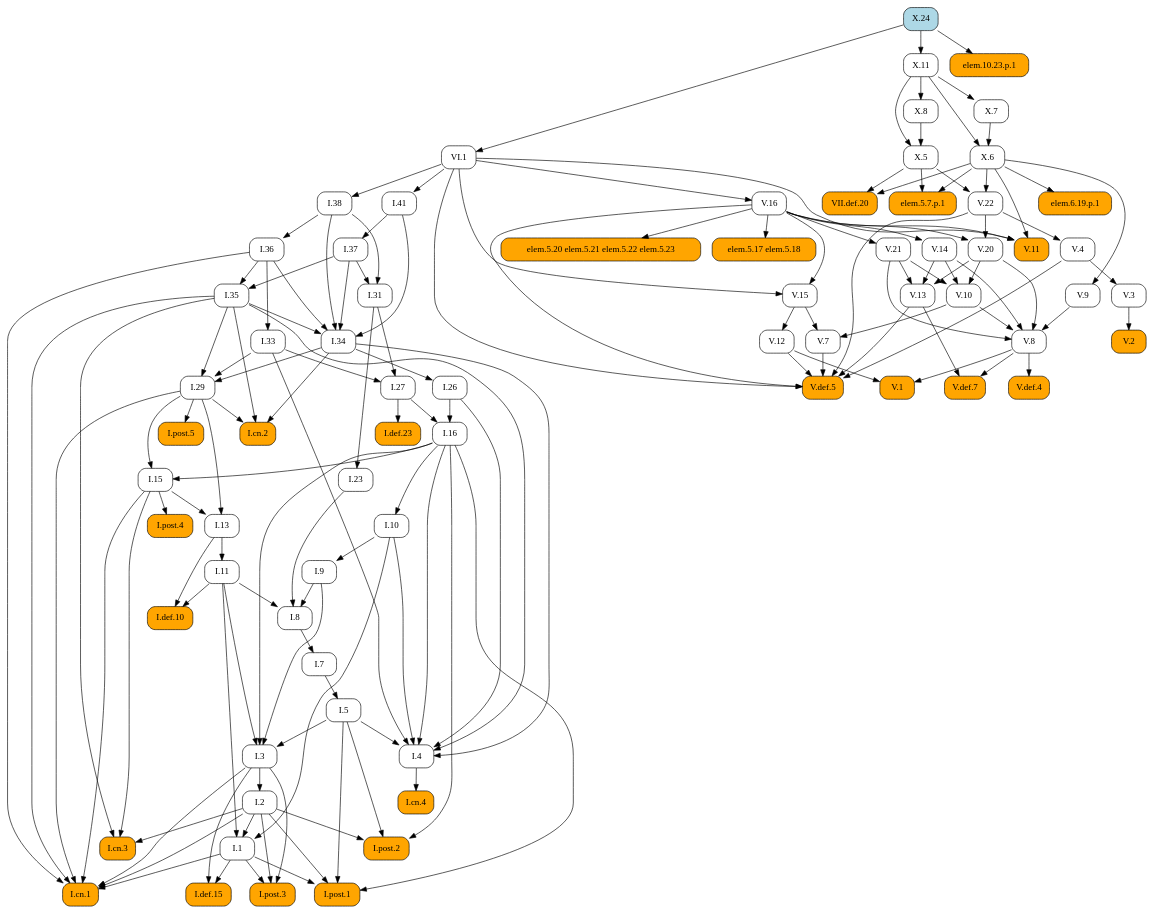
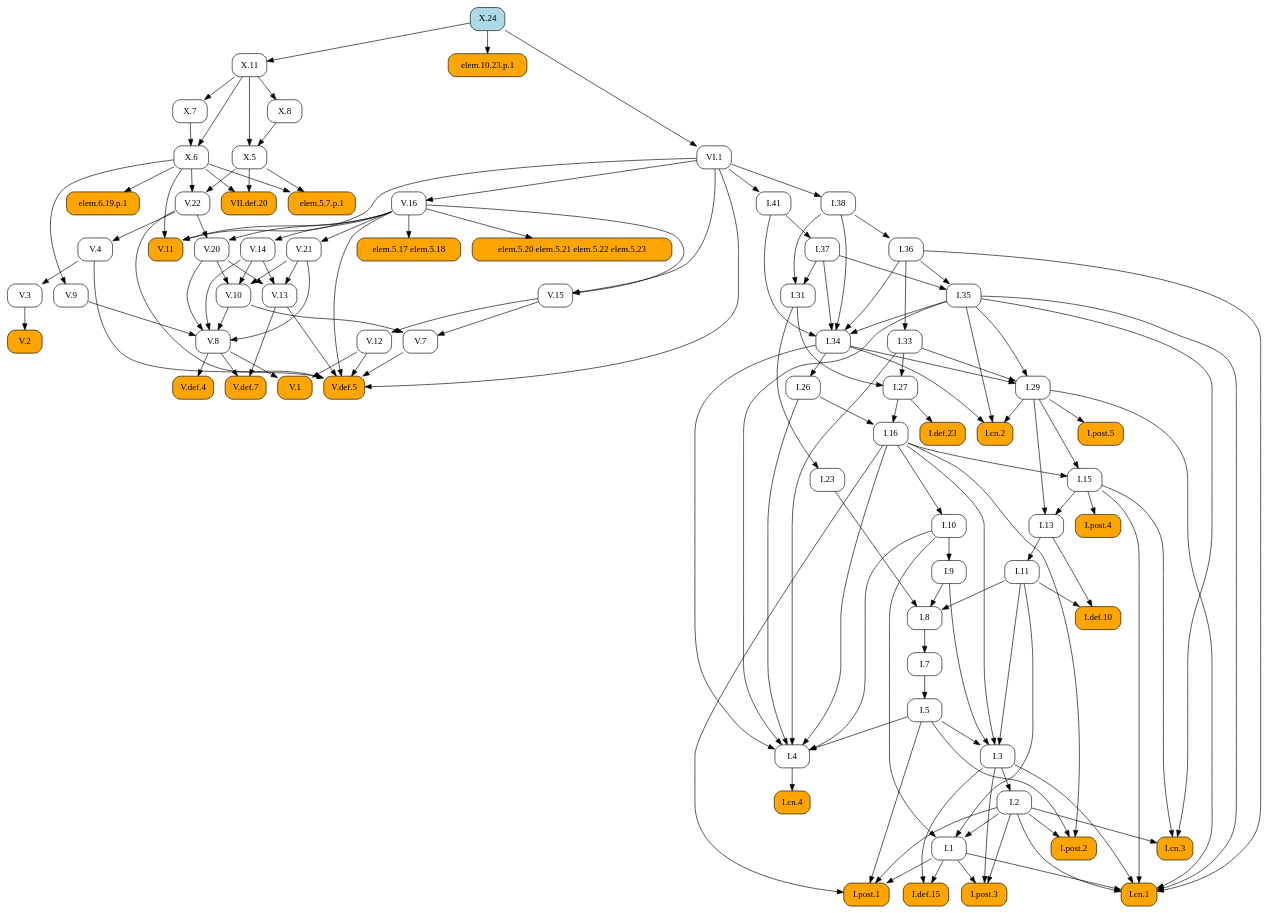
Before and after one commit to geometor/elements: the diagram in docsrc/heath/X/24/index.rst, drawn with Graphviz. The commit also changed other lines of this file and 1029 other files, not shown here.

```diff
--- a/docsrc/heath/X/24/index.rst
+++ b/docsrc/heath/X/24/index.rst
@@ -33,116 +33,187 @@
    digraph {
      rankdir="TB";
      node [shape=box, style=rounded];
+     "I.def.10" [style="rounded,filled", fillcolor=orange, URL="/heath/I/def.10/", target="_top"];
+     "I.11" [URL="/heath/I/11/", target="_top"];
+     "I.post.4" [style="rounded,filled", fillcolor=orange, URL="/heath/I/post.4/", target="_top"];
+     "I.1" [URL="/heath/I/1/", target="_top"];
+     "V.def.5" [style="rounded,filled", fillcolor=orange, URL="/heath/V/def.5/", target="_top"];
+     "V.13" [URL="/heath/V/13/", target="_top"];
+     "V.11" [style="rounded,filled", fillcolor=orange, URL="/heath/V/11/", target="_top"];
+     "I.post.3" [style="rounded,filled", fillcolor=orange, URL="/heath/I/post.3/", target="_top"];
+     "VI.1" [URL="/heath/VI/1/", target="_top"];
+     "I.cn.3" [style="rounded,filled", fillcolor=orange, URL="/heath/I/cn.3/", target="_top"];
+     "V.16" [URL="/heath/V/16/", target="_top"];
+     "V.3" [URL="/heath/V/3/", target="_top"];
+     "X.7" [URL="/heath/X/7/", target="_top"];
+     "I.41" [URL="/heath/I/41/", target="_top"];
+     "I.36" [URL="/heath/I/36/", target="_top"];
+     "I.27" [URL="/heath/I/27/", target="_top"];
+     "V.8" [URL="/heath/V/8/", target="_top"];
+     "I.37" [URL="/heath/I/37/", target="_top"];
+     "I.34" [URL="/heath/I/34/", target="_top"];
+     "X.24" [style="rounded,filled", fillcolor=lightblue, URL="/heath/X/24/", target="_top"];
+     "I.2" [URL="/heath/I/2/", target="_top"];
+     "I.def.23" [style="rounded,filled", fillcolor=orange, URL="/heath/I/def.23/", target="_top"];
+     "I.33" [URL="/heath/I/33/", target="_top"];
+     "I.post.2" [style="rounded,filled", fillcolor=orange, URL="/heath/I/post.2/", target="_top"];
+     "elem.5.20 elem.5.21 elem.5.22 elem.5.23" [style="rounded,filled", fillcolor=orange];
+     "I.9" [URL="/heath/I/9/", target="_top"];
+     "I.cn.4" [style="rounded,filled", fillcolor=orange, URL="/heath/I/cn.4/", target="_top"];
+     "V.def.4" [style="rounded,filled", fillcolor=orange, URL="/heath/V/def.4/", target="_top"];
+     "I.15" [URL="/heath/I/15/", target="_top"];
+     "I.38" [URL="/heath/I/38/", target="_top"];
+     "V.def.7" [style="rounded,filled", fillcolor=orange, URL="/heath/V/def.7/", target="_top"];
+     "VII.def.20" [style="rounded,filled", fillcolor=orange, URL="/heath/VII/def.20/", target="_top"];
+     "I.5" [URL="/heath/I/5/", target="_top"];
+     "V.21" [URL="/heath/V/21/", target="_top"];
+     "I.26" [URL="/heath/I/26/", target="_top"];
+     "elem.10.23.p.1" [style="rounded,filled", fillcolor=orange];
+     "V.14" [URL="/heath/V/14/", target="_top"];
+     "I.29" [URL="/heath/I/29/", target="_top"];
+     "V.12" [URL="/heath/V/12/", target="_top"];
+     "V.22" [URL="/heath/V/22/", target="_top"];
+     "I.cn.2" [style="rounded,filled", fillcolor=orange, URL="/heath/I/cn.2/", target="_top"];
+     "X.6" [URL="/heath/X/6/", target="_top"];
+     "X.8" [URL="/heath/X/8/", target="_top"];
+     "V.20" [URL="/heath/V/20/", target="_top"];
+     "V.10" [URL="/heath/V/10/", target="_top"];
+     "I.def.15" [style="rounded,filled", fillcolor=orange, URL="/heath/I/def.15/", target="_top"];
+     "V.15" [URL="/heath/V/15/", target="_top"];
+     "I.cn.1" [style="rounded,filled", fillcolor=orange, URL="/heath/I/cn.1/", target="_top"];
+     "V.7" [URL="/heath/V/7/", target="_top"];
+     "V.9" [URL="/heath/V/9/", target="_top"];
+     "I.23" [URL="/heath/I/23/", target="_top"];
+     "I.post.1" [style="rounded,filled", fillcolor=orange, URL="/heath/I/post.1/", target="_top"];
+     "elem.6.19.p.1" [style="rounded,filled", fillcolor=orange];
+     "I.35" [URL="/heath/I/35/", target="_top"];
+     "I.7" [URL="/heath/I/7/", target="_top"];
+     "I.3" [URL="/heath/I/3/", target="_top"];
+     "I.4" [URL="/heath/I/4/", target="_top"];
+     "I.13" [URL="/heath/I/13/", target="_top"];
+     "V.4" [URL="/heath/V/4/", target="_top"];
+     "elem.5.7.p.1" [style="rounded,filled", fillcolor=orange];
+     "I.31" [URL="/heath/I/31/", target="_top"];
      "V.1" [style="rounded,filled", fillcolor=orange, URL="/heath/V/1/", target="_top"];
-     "X.7" [URL="/heath/X/7/", target="_top"];
-     "I.29" [URL="/heath/I/29/", target="_top"];
-     "I.7" [URL="/heath/I/7/", target="_top"];
-     "elem.10.23.p.1" [style="rounded,filled", fillcolor=orange];
-     "I.27" [URL="/heath/I/27/", target="_top"];
-     "I.def.23" [style="rounded,filled", fillcolor=orange, URL="/heath/I/def.23/", target="_top"];
-     "V.20" [URL="/heath/V/20/", target="_top"];
-     "I.34" [URL="/heath/I/34/", target="_top"];
+     "I.16" [URL="/heath/I/16/", target="_top"];
+     "elem.5.17 elem.5.18" [style="rounded,filled", fillcolor=orange];
+     "X.5" [URL="/heath/X/5/", target="_top"];
+     "X.11" [URL="/heath/X/11/", target="_top"];
      "I.8" [URL="/heath/I/8/", target="_top"];
      "V.2" [style="rounded,filled", fillcolor=orange, URL="/heath/V/2/", target="_top"];
-     "I.9" [URL="/heath/I/9/", target="_top"];
-     "V.22" [URL="/heath/V/22/", target="_top"];
-     "elem.5.7.p.1" [style="rounded,filled", fillcolor=orange];
-     "I.post.4" [style="rounded,filled", fillcolor=orange, URL="/heath/I/post.4/", target="_top"];
-     "I.2" [URL="/heath/I/2/", target="_top"];
-     "V.4" [URL="/heath/V/4/", target="_top"];
-     "I.cn.4" [style="rounded,filled", fillcolor=orange, URL="/heath/I/cn.4/", target="_top"];
-     "X.8" [URL="/heath/X/8/", target="_top"];
-     "elem.5.20 elem.5.21 elem.5.22 elem.5.23" [style="rounded,filled", fillcolor=orange];
-     "I.23" [URL="/heath/I/23/", target="_top"];
-     "I.13" [URL="/heath/I/13/", target="_top"];
-     "I.5" [URL="/heath/I/5/", target="_top"];
-     "I.11" [URL="/heath/I/11/", target="_top"];
-     "X.6" [URL="/heath/X/6/", target="_top"];
-     "I.4" [URL="/heath/I/4/", target="_top"];
-     "X.24" [style="rounded,filled", fillcolor=lightblue, URL="/heath/X/24/", target="_top"];
-     "I.def.10" [style="rounded,filled", fillcolor=orange, URL="/heath/I/def.10/", target="_top"];
-     "I.post.3" [style="rounded,filled", fillcolor=orange, URL="/heath/I/post.3/", target="_top"];
-     "V.9" [URL="/heath/V/9/", target="_top"];
-     "elem.5.17 elem.5.18" [style="rounded,filled", fillcolor=orange];
-     "V.3" [URL="/heath/V/3/", target="_top"];
-     "I.36" [URL="/heath/I/36/", target="_top"];
-     "V.12" [URL="/heath/V/12/", target="_top"];
-     "I.15" [URL="/heath/I/15/", target="_top"];
-     "I.41" [URL="/heath/I/41/", target="_top"];
-     "V.def.5" [style="rounded,filled", fillcolor=orange, URL="/heath/V/def.5/", target="_top"];
-     "I.cn.3" [style="rounded,filled", fillcolor=orange, URL="/heath/I/cn.3/", target="_top"];
-     "I.38" [URL="/heath/I/38/", target="_top"];
-     "V.16" [URL="/heath/V/16/", target="_top"];
-     "V.15" [URL="/heath/V/15/", target="_top"];
-     "V.def.4" [style="rounded,filled", fillcolor=orange, URL="/heath/V/def.4/", target="_top"];
-     "V.21" [URL="/heath/V/21/", target="_top"];
-     "V.8" [URL="/heath/V/8/", target="_top"];
-     "V.7" [URL="/heath/V/7/", target="_top"];
-     "I.1" [URL="/heath/I/1/", target="_top"];
-     "I.def.15" [style="rounded,filled", fillcolor=orange, URL="/heath/I/def.15/", target="_top"];
-     "V.13" [URL="/heath/V/13/", target="_top"];
-     "I.post.1" [style="rounded,filled", fillcolor=orange, URL="/heath/I/post.1/", target="_top"];
-     "X.5" [URL="/heath/X/5/", target="_top"];
-     "VII.def.20" [style="rounded,filled", fillcolor=orange, URL="/heath/VII/def.20/", target="_top"];
-     "elem.6.19.p.1" [style="rounded,filled", fillcolor=orange];
-     "I.26" [URL="/heath/I/26/", target="_top"];
-     "I.33" [URL="/heath/I/33/", target="_top"];
-     "X.11" [URL="/heath/X/11/", target="_top"];
-     "V.def.7" [style="rounded,filled", fillcolor=orange, URL="/heath/V/def.7/", target="_top"];
-     "I.cn.2" [style="rounded,filled", fillcolor=orange, URL="/heath/I/cn.2/", target="_top"];
-     "V.10" [URL="/heath/V/10/", target="_top"];
+     "I.post.5" [style="rounded,filled", fillcolor=orange, URL="/heath/I/post.5/", target="_top"];
      "I.10" [URL="/heath/I/10/", target="_top"];
-     "I.3" [URL="/heath/I/3/", target="_top"];
-     "I.16" [URL="/heath/I/16/", target="_top"];
-     "I.31" [URL="/heath/I/31/", target="_top"];
-     "V.11" [style="rounded,filled", fillcolor=orange, URL="/heath/V/11/", target="_top"];
-     "I.post.2" [style="rounded,filled", fillcolor=orange, URL="/heath/I/post.2/", target="_top"];
-     "VI.1" [URL="/heath/VI/1/", target="_top"];
-     "I.post.5" [style="rounded,filled", fillcolor=orange, URL="/heath/I/post.5/", target="_top"];
-     "I.35" [URL="/heath/I/35/", target="_top"];
-     "I.cn.1" [style="rounded,filled", fillcolor=orange, URL="/heath/I/cn.1/", target="_top"];
-     "I.37" [URL="/heath/I/37/", target="_top"];
-     "V.14" [URL="/heath/V/14/", target="_top"];
-     "V.8" -> "V.1";
-     "V.12" -> "V.1";
+     "I.11" -> "I.def.10";
+     "I.13" -> "I.def.10";
+     "I.13" -> "I.11";
+     "I.15" -> "I.post.4";
+     "I.2" -> "I.1";
+     "I.10" -> "I.1";
+     "I.11" -> "I.1";
+     "V.4" -> "V.def.5";
+     "V.7" -> "V.def.5";
+     "V.12" -> "V.def.5";
+     "V.13" -> "V.def.5";
+     "V.16" -> "V.def.5";
+     "V.22" -> "V.def.5";
+     "VI.1" -> "V.def.5";
+     "V.14" -> "V.13";
+     "V.20" -> "V.13";
+     "V.21" -> "V.13";
+     "V.16" -> "V.11";
+     "VI.1" -> "V.11";
+     "X.6" -> "V.11";
+     "I.1" -> "I.post.3";
+     "I.2" -> "I.post.3";
+     "I.3" -> "I.post.3";
+     "X.24" -> "VI.1";
+     "I.2" -> "I.cn.3";
+     "I.15" -> "I.cn.3";
+     "I.35" -> "I.cn.3";
+     "VI.1" -> "V.16";
+     "V.4" -> "V.3";
      "X.11" -> "X.7";
-     "I.33" -> "I.29";
-     "I.34" -> "I.29";
-     "I.35" -> "I.29";
-     "I.8" -> "I.7";
-     "X.24" -> "elem.10.23.p.1";
+     "VI.1" -> "I.41";
+     "I.38" -> "I.36";
      "I.31" -> "I.27";
      "I.33" -> "I.27";
-     "I.27" -> "I.def.23";
-     "V.16" -> "V.20";
-     "V.22" -> "V.20";
+     "V.9" -> "V.8";
+     "V.10" -> "V.8";
+     "V.14" -> "V.8";
+     "V.20" -> "V.8";
+     "V.21" -> "V.8";
+     "I.41" -> "I.37";
      "I.35" -> "I.34";
      "I.36" -> "I.34";
      "I.37" -> "I.34";
      "I.38" -> "I.34";
      "I.41" -> "I.34";
-     "I.9" -> "I.8";
-     "I.11" -> "I.8";
-     "I.23" -> "I.8";
-     "V.3" -> "V.2";
+     "I.3" -> "I.2";
+     "I.27" -> "I.def.23";
+     "I.36" -> "I.33";
+     "I.2" -> "I.post.2";
+     "I.5" -> "I.post.2";
+     "I.16" -> "I.post.2";
+     "V.16" -> "elem.5.20 elem.5.21 elem.5.22 elem.5.23";
      "I.10" -> "I.9";
+     "I.4" -> "I.cn.4";
+     "V.8" -> "V.def.4";
+     "I.16" -> "I.15";
+     "I.29" -> "I.15";
+     "VI.1" -> "I.38";
+     "V.8" -> "V.def.7";
+     "V.13" -> "V.def.7";
+     "X.5" -> "VII.def.20";
+     "X.6" -> "VII.def.20";
+     "I.7" -> "I.5";
+     "V.16" -> "V.21";
+     "I.34" -> "I.26";
+     "X.24" -> "elem.10.23.p.1";
+     "V.16" -> "V.14";
+     "I.33" -> "I.29";
+     "I.34" -> "I.29";
+     "I.35" -> "I.29";
+     "V.15" -> "V.12";
      "X.5" -> "V.22";
      "X.6" -> "V.22";
-     "X.5" -> "elem.5.7.p.1";
-     "X.6" -> "elem.5.7.p.1";
-     "I.15" -> "I.post.4";
-     "I.3" -> "I.2";
-     "V.22" -> "V.4";
-     "I.4" -> "I.cn.4";
-     "X.11" -> "X.8";
-     "V.16" -> "elem.5.20 elem.5.21 elem.5.22 elem.5.23";
-     "I.31" -> "I.23";
-     "I.15" -> "I.13";
-     "I.29" -> "I.13";
-     "I.7" -> "I.5";
-     "I.13" -> "I.11";
+     "I.29" -> "I.cn.2";
+     "I.34" -> "I.cn.2";
+     "I.35" -> "I.cn.2";
      "X.7" -> "X.6";
      "X.11" -> "X.6";
+     "X.11" -> "X.8";
+     "V.16" -> "V.20";
+     "V.22" -> "V.20";
+     "V.14" -> "V.10";
+     "V.20" -> "V.10";
+     "V.21" -> "V.10";
+     "I.1" -> "I.def.15";
+     "I.3" -> "I.def.15";
+     "V.16" -> "V.15";
+     "VI.1" -> "V.15";
+     "I.1" -> "I.cn.1";
+     "I.2" -> "I.cn.1";
+     "I.3" -> "I.cn.1";
+     "I.15" -> "I.cn.1";
+     "I.29" -> "I.cn.1";
+     "I.35" -> "I.cn.1";
+     "I.36" -> "I.cn.1";
+     "V.10" -> "V.7";
+     "V.15" -> "V.7";
+     "X.6" -> "V.9";
+     "I.31" -> "I.23";
+     "I.1" -> "I.post.1";
+     "I.2" -> "I.post.1";
+     "I.5" -> "I.post.1";
+     "I.16" -> "I.post.1";
+     "X.6" -> "elem.6.19.p.1";
+     "I.36" -> "I.35";
+     "I.37" -> "I.35";
+     "I.8" -> "I.7";
+     "I.5" -> "I.3";
+     "I.9" -> "I.3";
+     "I.11" -> "I.3";
+     "I.16" -> "I.3";
      "I.5" -> "I.4";
      "I.10" -> "I.4";
      "I.16" -> "I.4";
@@ -150,96 +221,25 @@
      "I.33" -> "I.4";
      "I.34" -> "I.4";
      "I.35" -> "I.4";
-     "I.11" -> "I.def.10";
-     "I.13" -> "I.def.10";
-     "I.1" -> "I.post.3";
-     "I.2" -> "I.post.3";
-     "I.3" -> "I.post.3";
-     "X.6" -> "V.9";
+     "I.15" -> "I.13";
+     "I.29" -> "I.13";
+     "V.22" -> "V.4";
+     "X.5" -> "elem.5.7.p.1";
+     "X.6" -> "elem.5.7.p.1";
+     "I.37" -> "I.31";
+     "I.38" -> "I.31";
+     "V.8" -> "V.1";
+     "V.12" -> "V.1";
+     "I.26" -> "I.16";
+     "I.27" -> "I.16";
      "V.16" -> "elem.5.17 elem.5.18";
-     "V.4" -> "V.3";
-     "I.38" -> "I.36";
-     "V.15" -> "V.12";
-     "I.16" -> "I.15";
-     "I.29" -> "I.15";
-     "VI.1" -> "I.41";
-     "V.4" -> "V.def.5";
-     "V.7" -> "V.def.5";
-     "V.12" -> "V.def.5";
-     "V.13" -> "V.def.5";
-     "V.16" -> "V.def.5";
-     "V.22" -> "V.def.5";
-     "VI.1" -> "V.def.5";
-     "I.2" -> "I.cn.3";
-     "I.15" -> "I.cn.3";
-     "I.35" -> "I.cn.3";
-     "VI.1" -> "I.38";
-     "VI.1" -> "V.16";
-     "V.16" -> "V.15";
-     "VI.1" -> "V.15";
-     "V.8" -> "V.def.4";
-     "V.16" -> "V.21";
-     "V.9" -> "V.8";
-     "V.10" -> "V.8";
-     "V.14" -> "V.8";
-     "V.20" -> "V.8";
-     "V.21" -> "V.8";
-     "V.10" -> "V.7";
-     "V.15" -> "V.7";
-     "I.2" -> "I.1";
-     "I.10" -> "I.1";
-     "I.11" -> "I.1";
-     "I.1" -> "I.def.15";
-     "I.3" -> "I.def.15";
-     "V.14" -> "V.13";
-     "V.20" -> "V.13";
-     "V.21" -> "V.13";
-     "I.1" -> "I.post.1";
-     "I.2" -> "I.post.1";
-     "I.5" -> "I.post.1";
-     "I.16" -> "I.post.1";
      "X.8" -> "X.5";
      "X.11" -> "X.5";
-     "X.5" -> "VII.def.20";
-     "X.6" -> "VII.def.20";
-     "X.6" -> "elem.6.19.p.1";
-     "I.34" -> "I.26";
-     "I.36" -> "I.33";
      "X.24" -> "X.11";
-     "V.8" -> "V.def.7";
-     "V.13" -> "V.def.7";
-     "I.29" -> "I.cn.2";
-     "I.34" -> "I.cn.2";
-     "I.35" -> "I.cn.2";
-     "V.14" -> "V.10";
-     "V.20" -> "V.10";
-     "V.21" -> "V.10";
+     "I.9" -> "I.8";
+     "I.11" -> "I.8";
+     "I.23" -> "I.8";
+     "V.3" -> "V.2";
+     "I.29" -> "I.post.5";
      "I.16" -> "I.10";
-     "I.5" -> "I.3";
-     "I.9" -> "I.3";
-     "I.11" -> "I.3";
-     "I.16" -> "I.3";
-     "I.26" -> "I.16";
-     "I.27" -> "I.16";
-     "I.37" -> "I.31";
-     "I.38" -> "I.31";
-     "V.16" -> "V.11";
-     "VI.1" -> "V.11";
-     "X.6" -> "V.11";
-     "I.2" -> "I.post.2";
-     "I.5" -> "I.post.2";
-     "I.16" -> "I.post.2";
-     "X.24" -> "VI.1";
-     "I.29" -> "I.post.5";
-     "I.36" -> "I.35";
-     "I.37" -> "I.35";
-     "I.1" -> "I.cn.1";
-     "I.2" -> "I.cn.1";
-     "I.3" -> "I.cn.1";
-     "I.15" -> "I.cn.1";
-     "I.29" -> "I.cn.1";
-     "I.35" -> "I.cn.1";
-     "I.36" -> "I.cn.1";
-     "I.41" -> "I.37";
-     "V.16" -> "V.14";
    }
```
